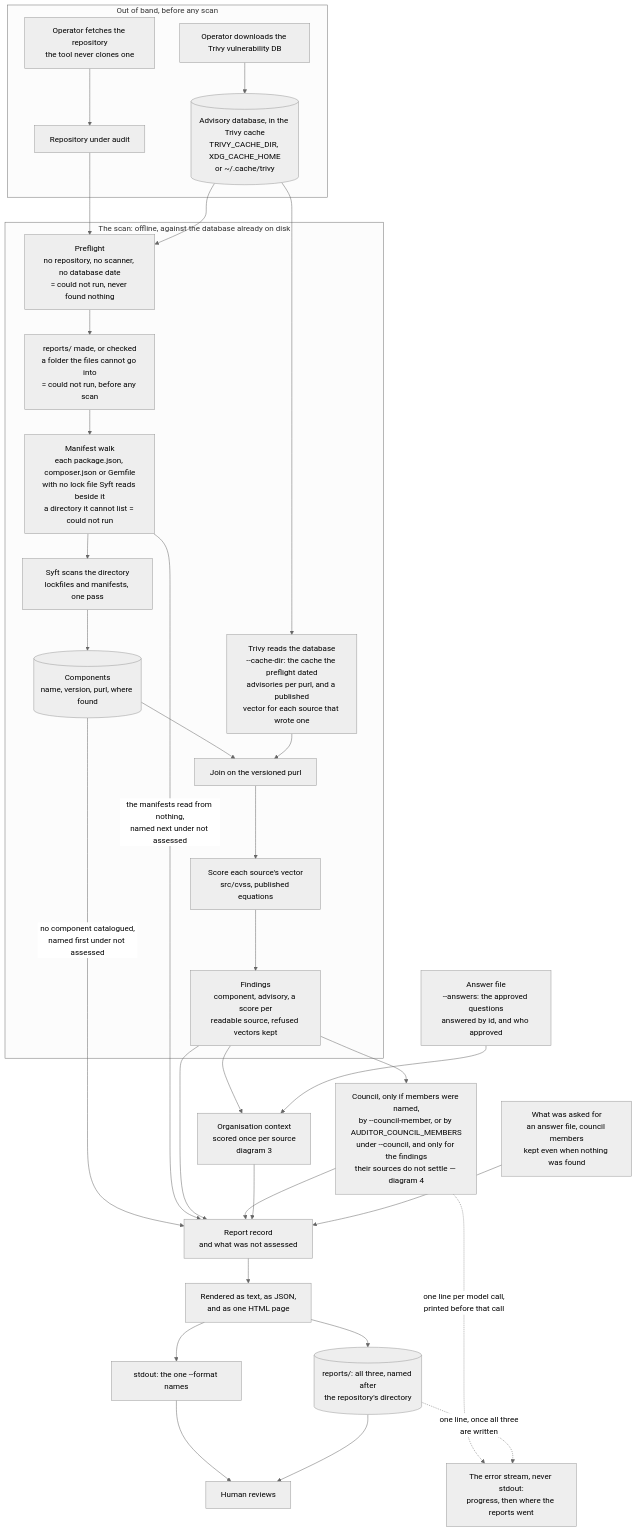
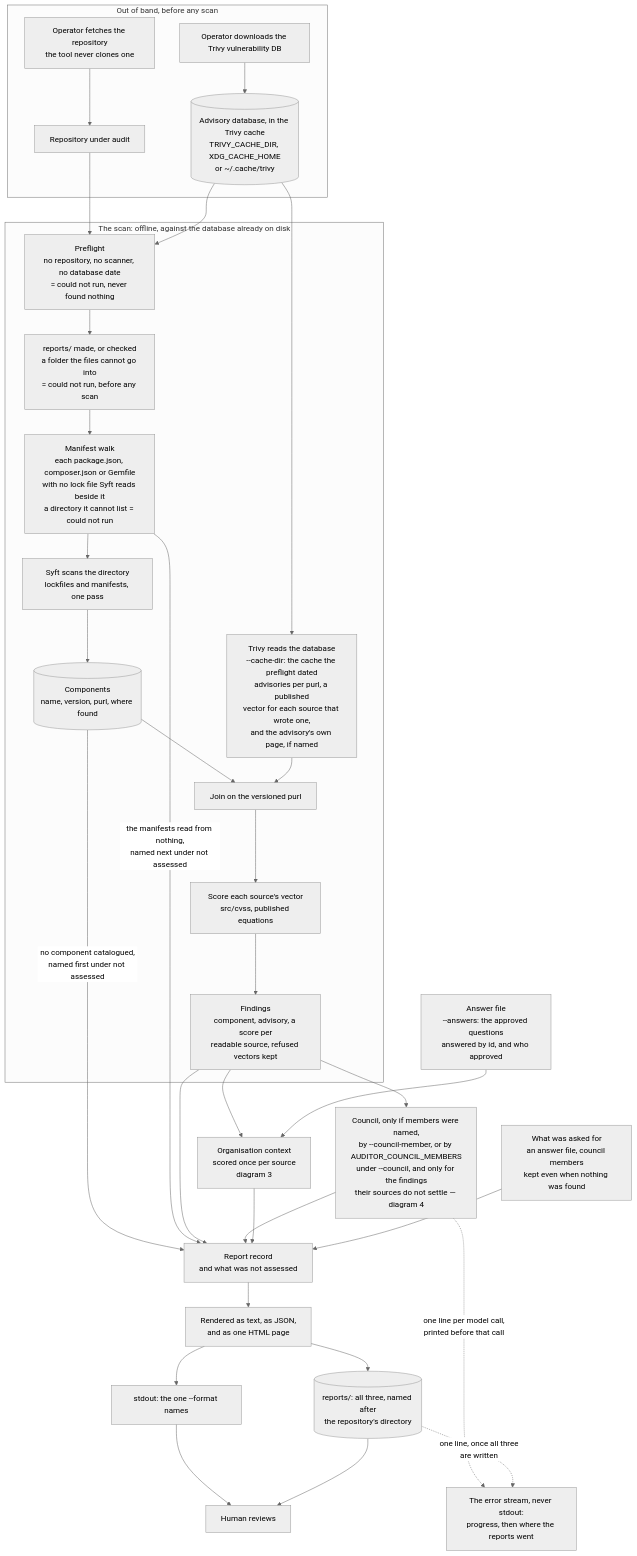
Before and after one commit to heinthtnaung/AgenticLLMAppAuditor: the first of 5 diagrams in docs/diagrams.md, drawn with Mermaid (neutral theme). The commit also changed other lines of this file and 11 other files, not shown here.

Commit message:
Link each advisory to its published record

````diff
--- a/docs/diagrams.md
+++ b/docs/diagrams.md
@@ -36,41 +36,41 @@
 ```mermaid
 flowchart TD
     subgraph OOB["Out of band, before any scan"]
         fetch["Operator downloads the Trivy vulnerability DB"] --> adb[("Advisory database, in the Trivy cache<br/>TRIVY_CACHE_DIR, XDG_CACHE_HOME<br/>or ~/.cache/trivy")]
         get["Operator fetches the repository<br/>the tool never clones one"] --> repo["Repository under audit"]
     end
 
     subgraph SCAN["The scan: offline, against the database already on disk"]
         pre["Preflight<br/>no repository, no scanner, no database date<br/>= could not run, never found nothing"]
         repo --> pre
         pre --> rdir["reports/ made, or checked<br/>a folder the files cannot go into<br/>= could not run, before any scan"]
         rdir --> walk["Manifest walk<br/>each package.json, composer.json or Gemfile<br/>with no lock file Syft reads beside it<br/>a directory it cannot list = could not run"]
         walk --> syft["Syft scans the directory<br/>lockfiles and manifests, one pass"]
         syft --> comp[("Components<br/>name, version, purl, where found")]
-        trivy["Trivy reads the database<br/>--cache-dir: the cache the preflight dated<br/>advisories per purl, and a published<br/>vector for each source that wrote one"]
+        trivy["Trivy reads the database<br/>--cache-dir: the cache the preflight dated<br/>advisories per purl, a published<br/>vector for each source that wrote one,<br/>and the advisory's own page, if named"]
         comp --> join["Join on the versioned purl"]
         trivy --> join
         join --> asm["Score each source's vector<br/>src/cvss, published equations"]
         asm --> fin["Findings<br/>component, advisory, a score per<br/>readable source, refused vectors kept"]
     end
 
     adb --> pre
     adb --> trivy
     comp -->|"no component catalogued,<br/>named first under not assessed"| rec
     walk -->|"the manifests read from nothing,<br/>named next under not assessed"| rec
 
     fin --> cou["Council, only if members were named,<br/>by --council-member, or by AUDITOR_COUNCIL_MEMBERS<br/>under --council, and only for the findings<br/>their sources do not settle — diagram 4"]
     fin --> ctx["Organisation context<br/>scored once per source<br/>diagram 3"]
     ans["Answer file<br/>--answers: the approved questions<br/>answered by id, and who approved"] --> ctx
     fin --> rec["Report record<br/>and what was not assessed"]
     cou --> rec
     ctx --> rec
     asked["What was asked for<br/>an answer file, council members<br/>kept even when nothing was found"] --> rec
     rec --> rnd["Rendered as text, as JSON,<br/>and as one HTML page"]
     rnd --> out["stdout: the one --format names"]
     rnd --> saved[("reports/: all three, named after<br/>the repository's directory")]
     out --> hum["Human reviews"]
     saved --> hum
     cou -. "one line per model call,<br/>printed before that call" .-> err["The error stream, never stdout:<br/>progress, then where the reports went"]
     saved -. "one line, once all three<br/>are written" .-> err
 ```
````
